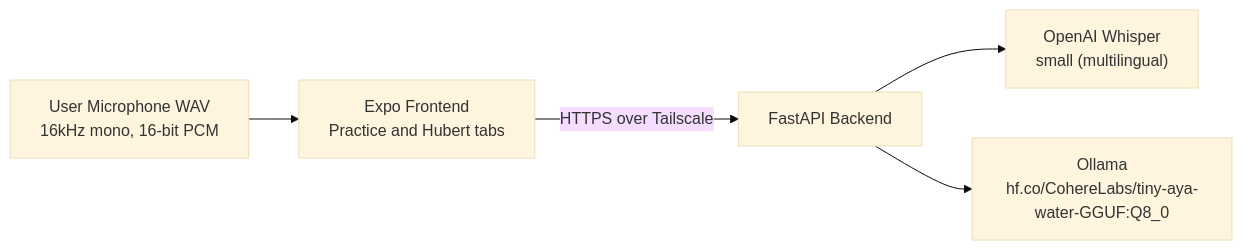
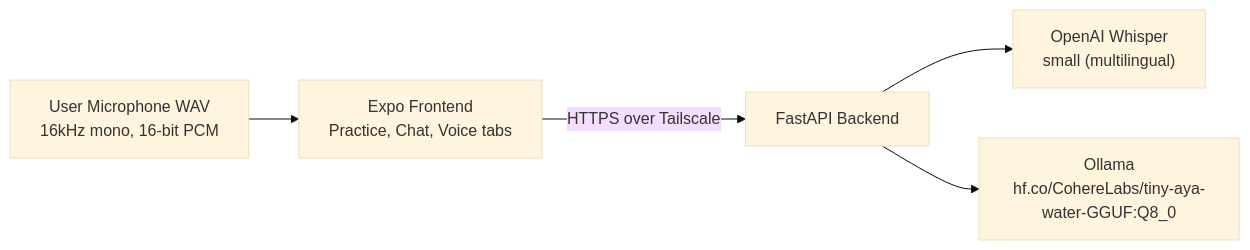
One commit to alkval/mimic changed the diagram in README.md. Above: the diagram before and after it, drawn with Mermaid (base theme). The commit also changed other lines of this file and 4 other files, not shown here.

````diff
--- a/README.md
+++ b/README.md
@@ -14,7 +14,7 @@
 ```mermaid
 flowchart LR
-    A["Expo Frontend<br/>Practice and Hubert tabs"] -->|"HTTPS over Tailscale"| B["FastAPI Backend"]
+  A["Expo Frontend<br/>Practice, Chat, Voice tabs"] -->|"HTTPS over Tailscale"| B["FastAPI Backend"]
     B --> C["OpenAI Whisper<br/>small (multilingual)"]
     B --> D["Ollama<br/>hf.co/CohereLabs/tiny-aya-water-GGUF:Q8_0"]
     E["User Microphone WAV<br/>16kHz mono, 16-bit PCM"] --> A
 ```
````
